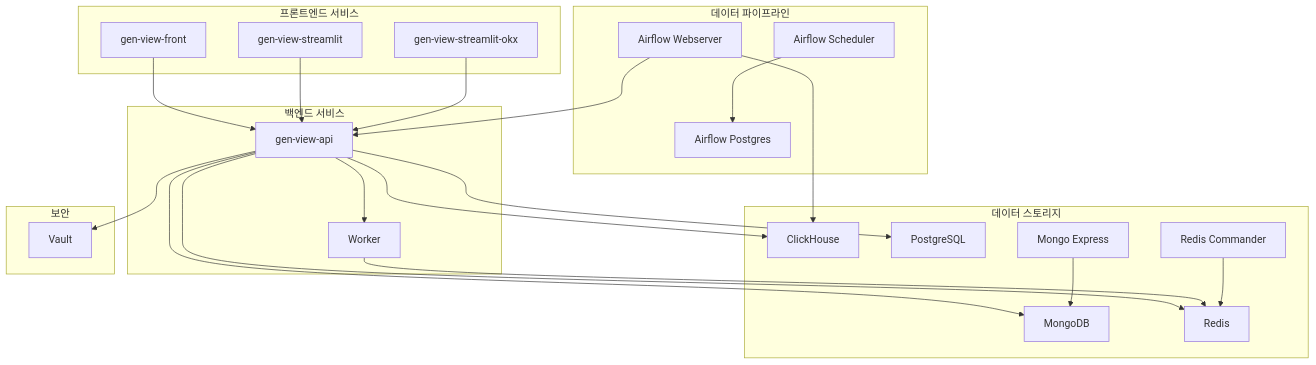
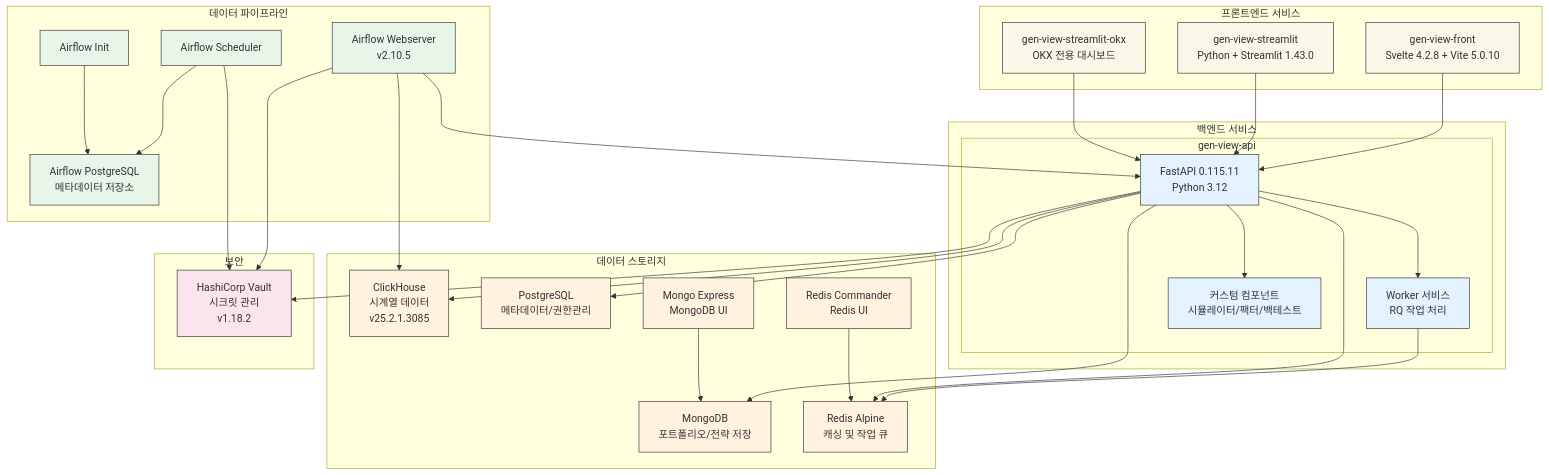
The first of 3 diagrams in profile/README.md (gen-view/.github), drawn with Mermaid before and after one commit. The commit also changed other lines of this file, not shown here.

Commit message:
README.md 파일 업데이트: 서비스 및 API 구조에 대한 상세 설명 추가 및 다이어그램 개선

````diff
--- a/profile/README.md
+++ b/profile/README.md
@@ -3,52 +3,79 @@
 ``` mermaid
 graph TB
     subgraph Frontend["프론트엔드 서비스"]
-        F[gen-view-front]
-        S[gen-view-streamlit]
-        SO[gen-view-streamlit-okx]
+        F[gen-view-front<br>Svelte 4.2.8 + Vite 5.0.10]
+        S[gen-view-streamlit<br>Python + Streamlit 1.43.0]
+        SO[gen-view-streamlit-okx<br>OKX 전용 대시보드]
     end
 
     subgraph Backend["백엔드 서비스"]
-        API[gen-view-api]
-        W[Worker]
+        subgraph API["gen-view-api"]
+            API_Core[FastAPI 0.115.11<br>Python 3.12]
+            API_Worker[Worker 서비스<br>RQ 작업 처리]
+            API_Components[커스텀 컴포넌트<br>시뮬레이터/팩터/백테스트]
+        end
     end
 
     subgraph DataPipeline["데이터 파이프라인"]
-        AF_W[Airflow Webserver]
+        AF_W[Airflow Webserver<br>v2.10.5]
         AF_S[Airflow Scheduler]
-        AF_P[Airflow Postgres]
+        AF_P[Airflow PostgreSQL<br>메타데이터 저장소]
+        AF_I[Airflow Init]
     end
 
     subgraph Storage["데이터 스토리지"]
-        CH[ClickHouse]
-        PG[PostgreSQL]
-        MG[MongoDB]
-        RD[Redis]
-        ME[Mongo Express]
-        RC[Redis Commander]
+        CH[ClickHouse<br>시계열 데이터<br>v25.2.1.3085]
+        PG[PostgreSQL<br>메타데이터/권한관리]
+        MG[MongoDB<br>포트폴리오/전략 저장]
+        RD[Redis Alpine<br>캐싱 및 작업 큐]
+        ME[Mongo Express<br>MongoDB UI]
+        RC[Redis Commander<br>Redis UI]
     end
 
     subgraph Security["보안"]
-        V[Vault]
+        V[HashiCorp Vault<br>시크릿 관리<br>v1.18.2]
     end
 
-    F --> API
-    S --> API
-    SO --> API
-    API --> W
-    API --> RD
-    W --> RD
+    %% 프론트엔드 연결
+    F --> API_Core
+    S --> API_Core
+    SO --> API_Core
     
-    AF_W --> API
+    %% API 내부 연결
+    API_Core --> API_Worker
+    API_Core --> API_Components
+    API_Worker --> RD
+    
+    %% Airflow 연결
+    AF_W --> API_Core
     AF_W --> CH
     AF_S --> AF_P
+    AF_I --> AF_P
     
-    API --> V
-    API --> CH
-    API --> PG
-    API --> MG
+    %% 데이터 저장소 연결
+    API_Core --> V
+    API_Core --> CH
+    API_Core --> PG
+    API_Core --> MG
+    API_Core --> RD
     
+    %% UI 도구 연결
     ME --> MG
     RC --> RD
+    
+    %% Vault 연결
+    AF_W --> V
+    AF_S --> V
 
+    classDef frontendStyle fill:#f9f7e8,stroke:#333,stroke-width:1px
+    classDef backendStyle fill:#e3f2fd,stroke:#333,stroke-width:1px
+    classDef pipelineStyle fill:#e8f5e9,stroke:#333,stroke-width:1px
+    classDef storageStyle fill:#fff3e0,stroke:#333,stroke-width:1px
+    classDef securityStyle fill:#fce4ec,stroke:#333,stroke-width:1px
+    
+    class F,S,SO frontendStyle
+    class API_Core,API_Worker,API_Components backendStyle
+    class AF_W,AF_S,AF_P,AF_I pipelineStyle
+    class CH,PG,MG,RD,ME,RC storageStyle
+    class V securityStyle
 ```
````
